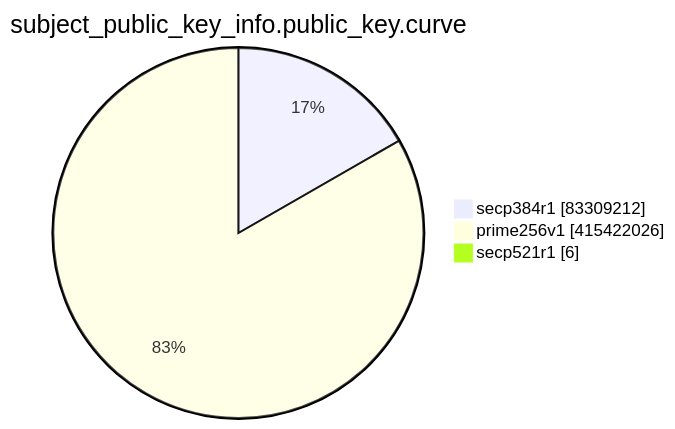
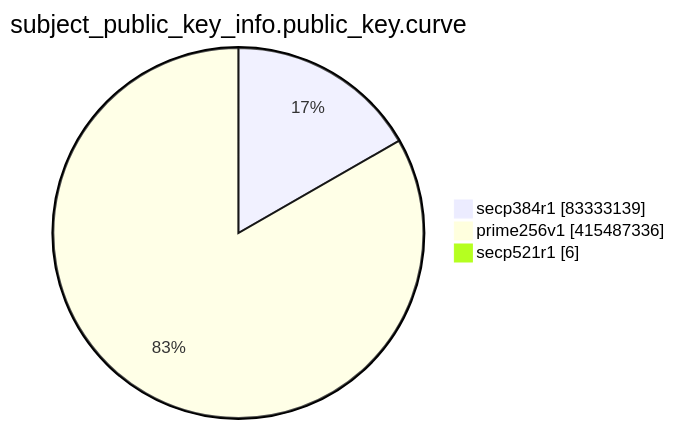
One commit to christiankrug/ctmonitor_visualization changed the eighth of 15 diagrams in TOTAL/README.md. Above: the diagram before and after it, drawn with Mermaid. The commit also changed other lines of this file, not shown here.

````diff
--- a/TOTAL/README.md
+++ b/TOTAL/README.md
@@ -3098,7 +3098,7 @@
 ```mermaid
 pie showData
 title subject_public_key_info.public_key.curve
-"secp384r1" :83309212
-"prime256v1" :415422026
+"secp384r1" :83333139
+"prime256v1" :415487336
 "secp521r1" :6
 ```
````
